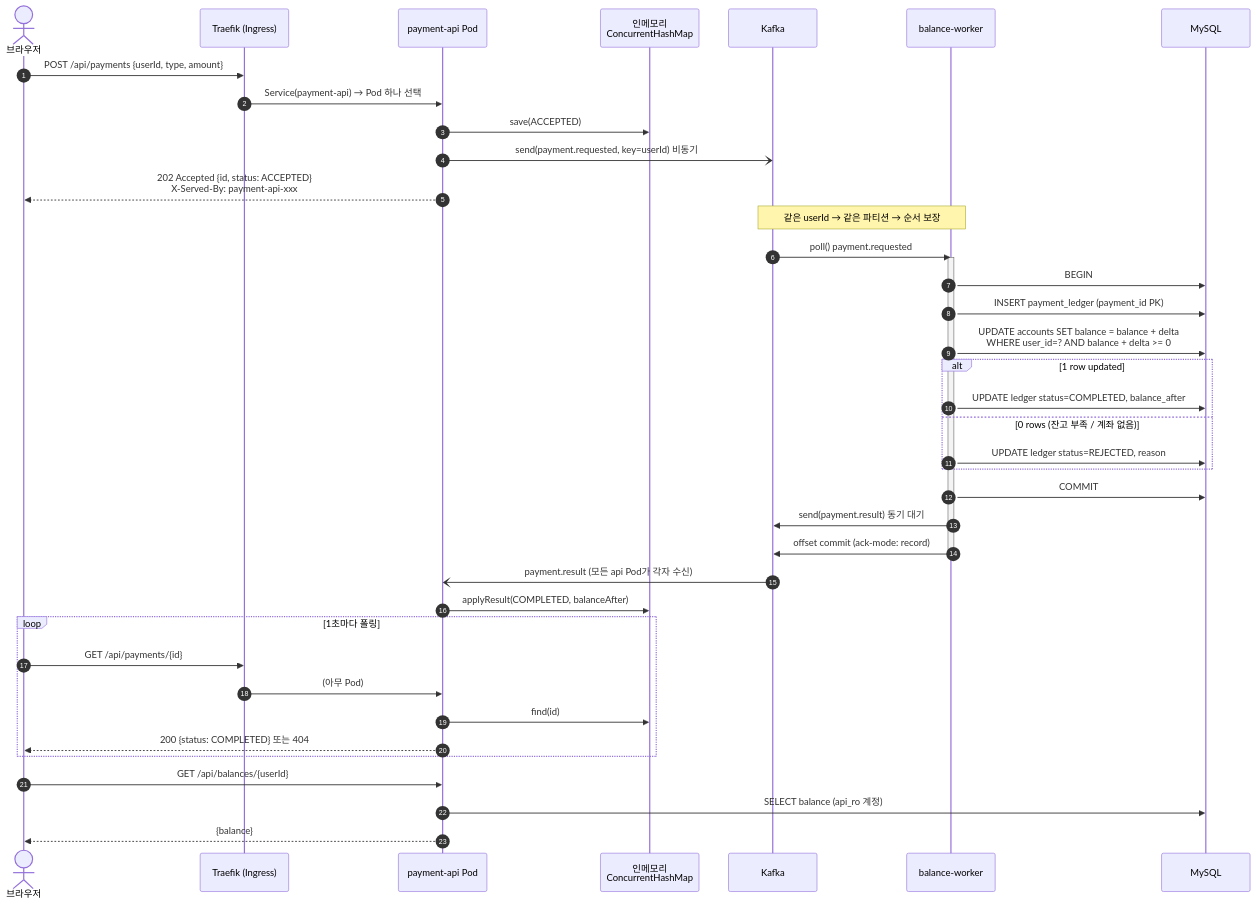
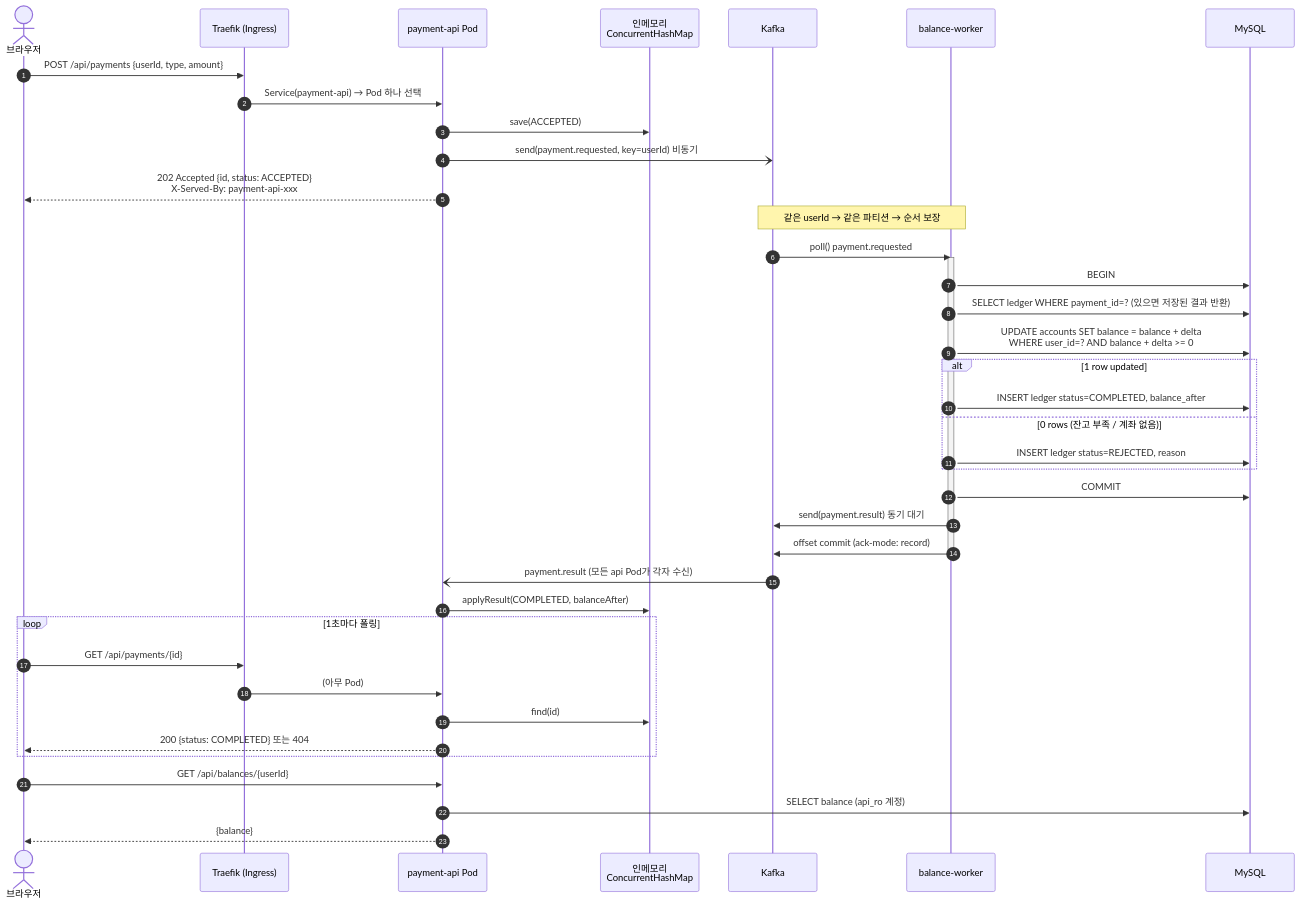
The first of 13 diagrams in docs/04-workflows.md (gunhaa/k8s), drawn with Mermaid before and after one commit. The commit also changed other lines of this file and 22 other files, not shown here.

````diff
--- a/docs/04-workflows.md
+++ b/docs/04-workflows.md
@@ -20,47 +20,47 @@
 ```mermaid
 sequenceDiagram
   autonumber
   actor U as 브라우저
   participant T as Traefik (Ingress)
   participant A as payment-api Pod
   participant M as 인메모리<br/>ConcurrentHashMap
   participant K as Kafka
   participant W as balance-worker
   participant D as MySQL
 
   U->>T: POST /api/payments {userId, type, amount}
   T->>A: Service(payment-api) → Pod 하나 선택
   A->>M: save(ACCEPTED)
   A-)K: send(payment.requested, key=userId) 비동기
   A-->>U: 202 Accepted {id, status: ACCEPTED}<br/>X-Served-By: payment-api-xxx
 
   Note over K,W: 같은 userId → 같은 파티션 → 순서 보장
 
   K->>W: poll() payment.requested
   activate W
   W->>D: BEGIN
-  W->>D: INSERT payment_ledger (payment_id PK)
+  W->>D: SELECT ledger WHERE payment_id=? (있으면 저장된 결과 반환)
   W->>D: UPDATE accounts SET balance = balance + delta<br/>WHERE user_id=? AND balance + delta >= 0
   alt 1 row updated
-    W->>D: UPDATE ledger status=COMPLETED, balance_after
+    W->>D: INSERT ledger status=COMPLETED, balance_after
   else 0 rows (잔고 부족 / 계좌 없음)
-    W->>D: UPDATE ledger status=REJECTED, reason
+    W->>D: INSERT ledger status=REJECTED, reason
   end
   W->>D: COMMIT
   W->>K: send(payment.result) 동기 대기
   W->>K: offset commit (ack-mode: record)
   deactivate W
 
   K-)A: payment.result (모든 api Pod가 각자 수신)
   A->>M: applyResult(COMPLETED, balanceAfter)
 
   loop 1초마다 폴링
     U->>T: GET /api/payments/{id}
     T->>A: (아무 Pod)
     A->>M: find(id)
     A-->>U: 200 {status: COMPLETED} 또는 404
   end
   U->>A: GET /api/balances/{userId}
   A->>D: SELECT balance (api_ro 계정)
   A-->>U: {balance}
 ```
````
